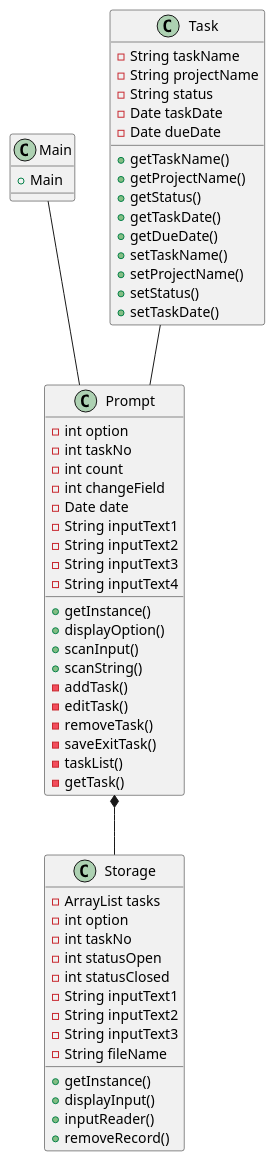
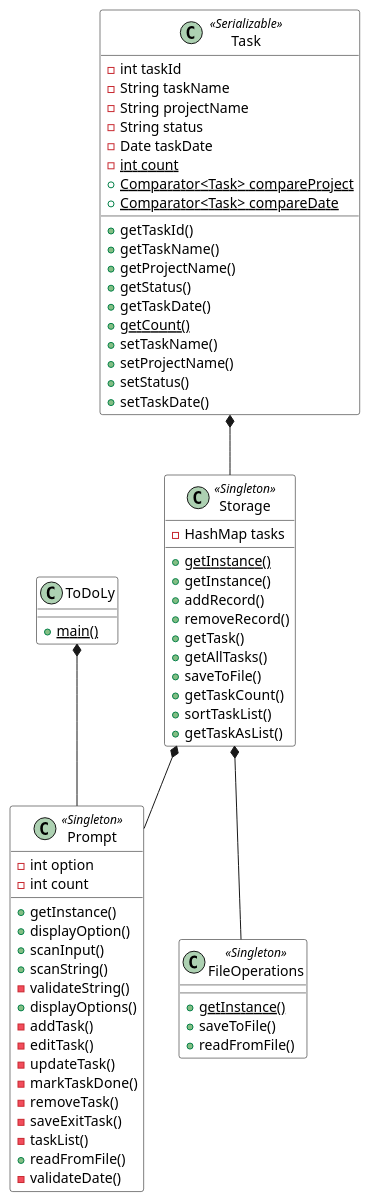
One commit to ShivalathaRachamalla/ToDoList changed the diagram in plantuml/Class_Diagram.plantuml. Above: the diagram before and after it, drawn with PlantUML. The commit also changed 11 other files, not shown here.

```diff
--- a/plantuml/Class_Diagram.plantuml
+++ b/plantuml/Class_Diagram.plantuml
@@ -1,65 +1,79 @@
 @startuml
-Main -- Prompt
-Prompt *-- Storage
-Task -- Prompt
+ToDoLy *-- Prompt
+Storage *--  FileOperations
+Storage *-- Prompt
+Task *-- Storage
 
-class Main {
-+ Main
+skinparam class {
+BackgroundColor White
+ArrowColor Black
+BorderColor Black
+}
+skinparam stereotypeCBackgroundColor BlackWhite
+
+class ToDoLy {
++ {static} main()
 }
 
-class Task {
+class Task <<Serializable>> {
+- int taskId
 - String taskName
 - String projectName
 - String status
 - Date taskDate
-- Date dueDate
+- {static} int count
++ {static} Comparator<Task> compareProject
++ {static} Comparator<Task> compareDate
++ getTaskId()
 + getTaskName()
 + getProjectName()
 + getStatus()
 + getTaskDate()
-+ getDueDate()
++ {static} getCount()
 + setTaskName()
 + setProjectName()
 + setStatus()
 + setTaskDate()
 }
 
-class Prompt {
+class FileOperations << Singleton >> {
++ {static} getInstance()
++ saveToFile()
++ readFromFile()
+} 
+
+class Prompt  << Singleton >> {
 - int option
-- int taskNo
 - int count
-- int changeField
-- Date date
-- String inputText1
-- String inputText2
-- String inputText3
-- String inputText4
 + getInstance()
 + displayOption()
 + scanInput()
 + scanString()
+- validateString()
++ displayOptions()
 - addTask()
 - editTask()
+- updateTask()
+- markTaskDone()
 - removeTask()
 - saveExitTask()
 - taskList()
-- getTask()
++ readFromFile()
+- validateDate()
 }
 
-class Storage {
-- ArrayList tasks
-- int option
-- int taskNo
-- int statusOpen
-- int statusClosed
-- String inputText1
-- String inputText2
-- String inputText3
-- String fileName
+class Storage << Singleton >> {
+- HashMap tasks
++ {static} getInstance()
 + getInstance()
-+ displayInput()
-+ inputReader()
++ addRecord()
 + removeRecord()
++ getTask()
++ getAllTasks()
++ saveToFile()
++ getTaskCount()
++ sortTaskList()
++ getTaskAsList()
 } 
 
 @enduml
```
